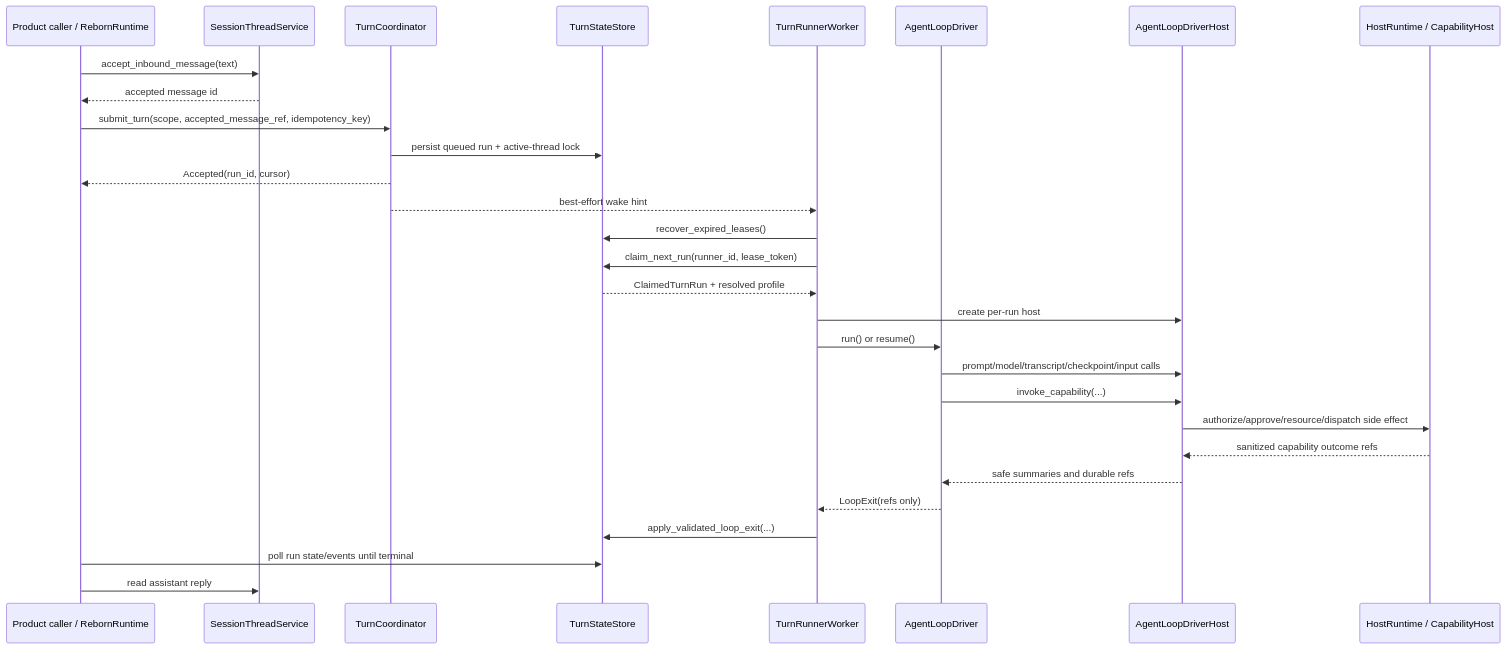
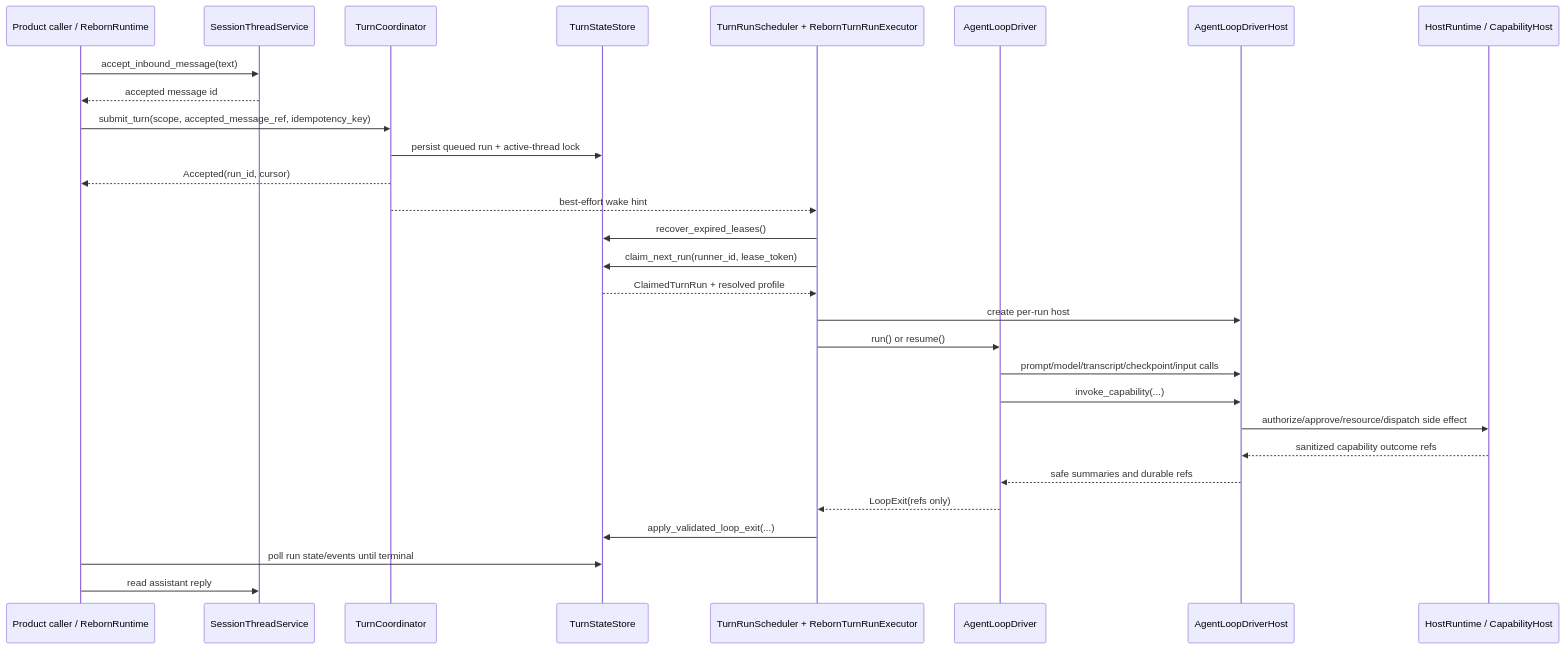
One commit to nearai/ironclaw changed the fourth of 7 diagrams in crates/Architecture.md. Above: the diagram before and after it, drawn with Mermaid. The commit also changed other lines of this file and 29 other files, not shown here.

````diff
--- a/crates/Architecture.md
+++ b/crates/Architecture.md
@@ -492,32 +508,32 @@
 ```mermaid
 sequenceDiagram
     participant Caller as Product caller / RebornRuntime
     participant Threads as SessionThreadService
     participant Coord as TurnCoordinator
     participant Store as TurnStateStore
-    participant Worker as TurnRunnerWorker
+    participant Worker as TurnRunScheduler + RebornTurnRunExecutor
     participant Driver as AgentLoopDriver
     participant Host as AgentLoopDriverHost
     participant Kernel as HostRuntime / CapabilityHost
 
     Caller->>Threads: accept_inbound_message(text)
     Threads-->>Caller: accepted message id
     Caller->>Coord: submit_turn(scope, accepted_message_ref, idempotency_key)
     Coord->>Store: persist queued run + active-thread lock
     Coord-->>Caller: Accepted(run_id, cursor)
     Coord-->>Worker: best-effort wake hint
     Worker->>Store: recover_expired_leases()
     Worker->>Store: claim_next_run(runner_id, lease_token)
     Store-->>Worker: ClaimedTurnRun + resolved profile
     Worker->>Host: create per-run host
     Worker->>Driver: run() or resume()
     Driver->>Host: prompt/model/transcript/checkpoint/input calls
     Driver->>Host: invoke_capability(...)
     Host->>Kernel: authorize/approve/resource/dispatch side effect
     Kernel-->>Host: sanitized capability outcome refs
     Host-->>Driver: safe summaries and durable refs
     Driver-->>Worker: LoopExit(refs only)
     Worker->>Store: apply_validated_loop_exit(...)
     Caller->>Store: poll run state/events until terminal
     Caller->>Threads: read assistant reply
 ```
````
